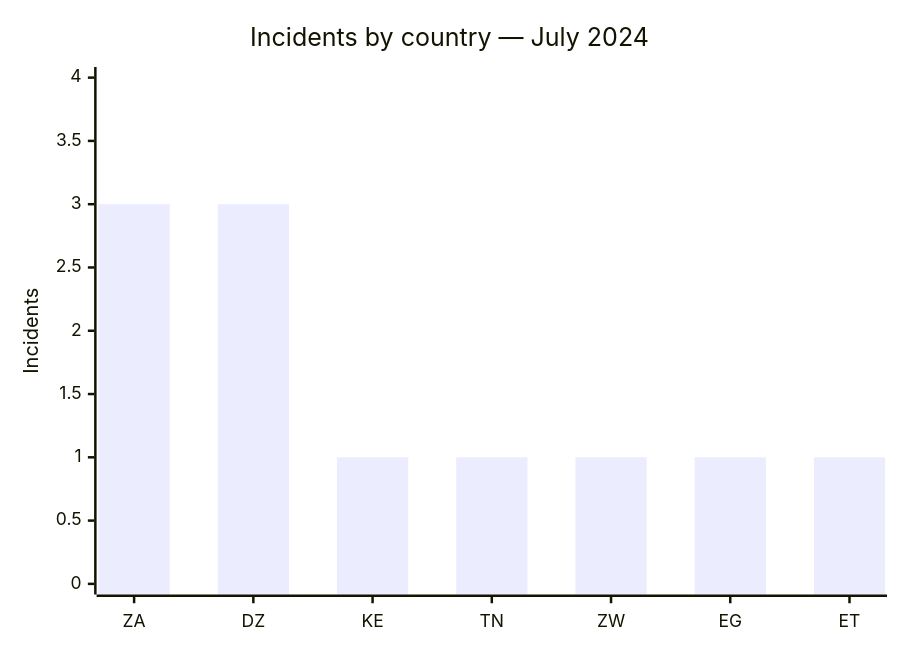
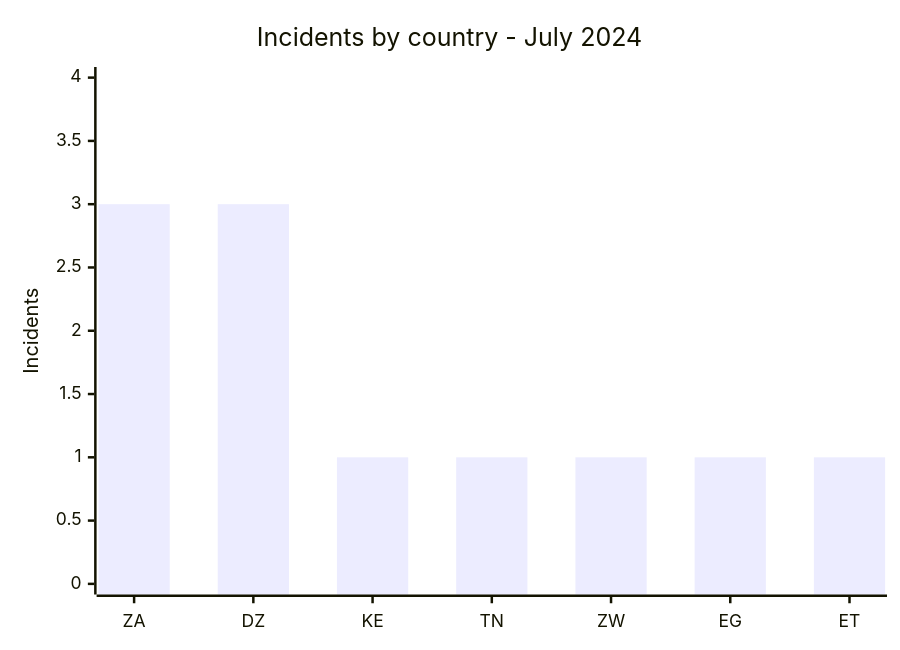
Before and after one commit to Hatchepsoute/AFRINTEL: the first of 2 diagrams in CyberAttackAfrica/2024/07-july/README.md, drawn with Mermaid. The commit also changed other lines of this file and 182 other files, not shown here.

````diff
--- a/CyberAttackAfrica/2024/07-july/README.md
+++ b/CyberAttackAfrica/2024/07-july/README.md
@@ -46,7 +46,7 @@
 ```mermaid
 xychart
-    title "Incidents by country — July 2024"
+    title "Incidents by country - July 2024"
     x-axis ["ZA","DZ","KE","TN","ZW","EG","ET"]
     y-axis "Incidents" 0 --> 4
     bar [3,3,1,1,1,1,1]
 ```
````
